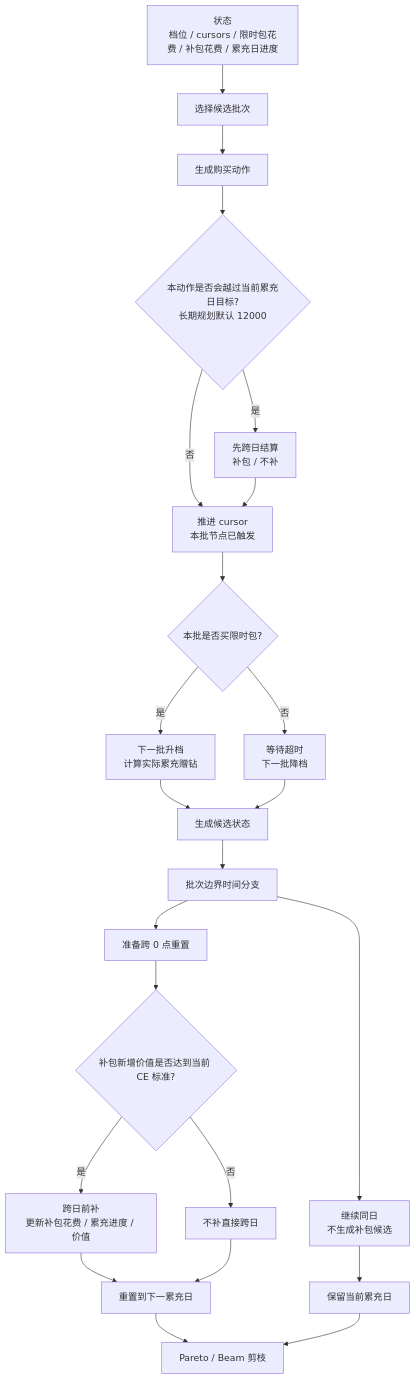
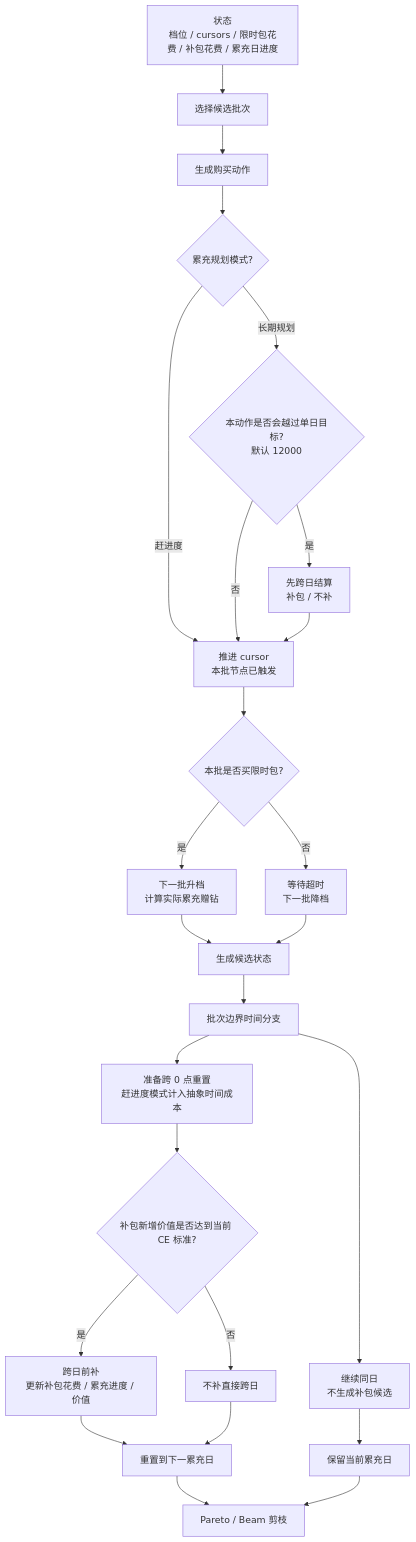
The third of 4 diagrams in doc/items/UltraSalePack/path-planning-visual.md (hitazuki/mementomori-calculator), drawn with Mermaid before and after one commit. The commit also changed other lines of this file, not shown here.

````diff
--- a/doc/items/UltraSalePack/path-planning-visual.md
+++ b/doc/items/UltraSalePack/path-planning-visual.md
@@ -44,25 +44,27 @@
 ```mermaid
 flowchart TD
   A["状态<br/>档位 / cursors / 限时包花费 / 补包花费 / 累充日进度"] --> B["选择候选批次"]
   B --> C["生成购买动作"]
-  C --> D{"本动作是否会越过当前累充日目标?<br/>长期规划默认 12000"}
+  C --> R{"累充规划模式?"}
+  R -- "长期规划" --> D{"本动作是否会越过单日目标?<br/>默认 12000"}
+  R -- "赶进度" --> F["推进 cursor<br/>本批节点已触发"]
   D -- "是" --> D1["先跨日结算<br/>补包 / 不补"]
   D -- "否" --> F["推进 cursor<br/>本批节点已触发"]
   D1 --> F
   F --> G{"本批是否买限时包?"}
   G -- "是" --> H["下一批升档<br/>计算实际累充赠钻"]
   G -- "否" --> I["等待超时<br/>下一批降档"]
   H --> K["生成候选状态"]
   I --> K
   K --> L["批次边界时间分支"]
   L --> L1["继续同日<br/>不生成补包候选"]
-  L --> L2["准备跨 0 点重置"]
+  L --> L2["准备跨 0 点重置<br/>赶进度模式计入抽象时间成本"]
   L2 --> J{"补包新增价值是否达到当前 CE 标准?"}
   J -- "是" --> J1["跨日前补<br/>更新补包花费 / 累充进度 / 价值"]
   J -- "否" --> J2["不补直接跨日"]
   J1 --> M["重置到下一累充日"]
   J2 --> M
   L1 --> M2["保留当前累充日"]
   M --> N["Pareto / Beam 剪枝"]
   M2 --> N
 ```
````
